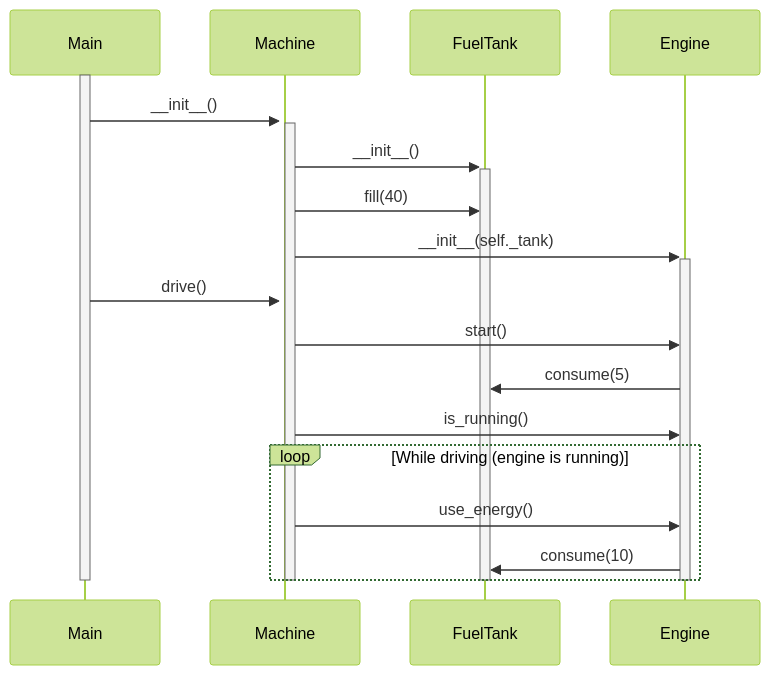
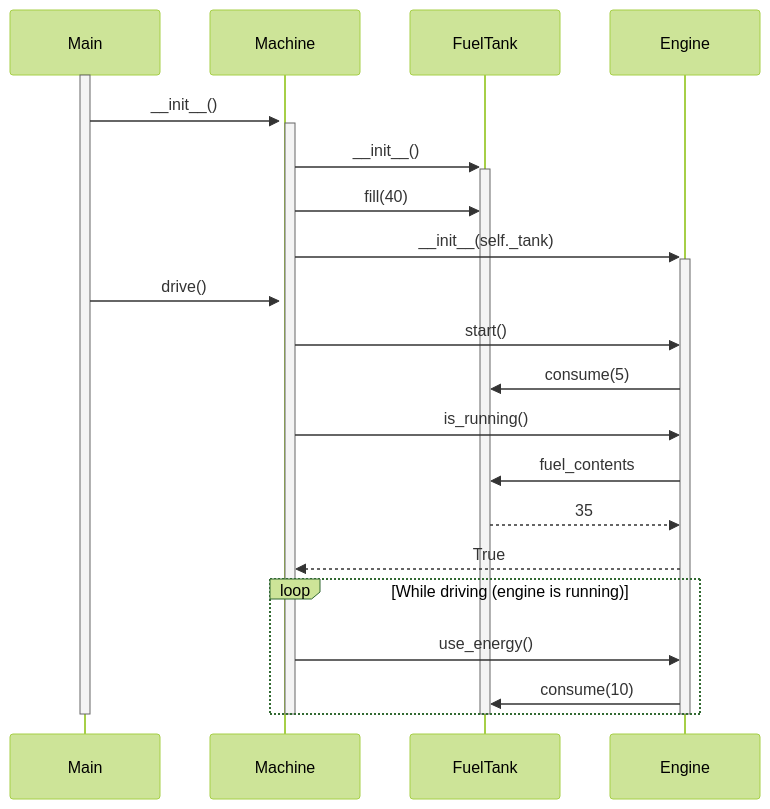
Before and after one commit to jpirhel/ot-harjoitustyo: the diagram in laskarit/viikko3/tehtava3.md, drawn with Mermaid (forest theme). The commit also changed other lines of this file, not shown here.

Commit message:
Laskarit: Viikko 3: Tehtava 3 improvements

````diff
--- a/laskarit/viikko3/tehtava3.md
+++ b/laskarit/viikko3/tehtava3.md
@@ -7,35 +9,38 @@
 ```mermaid
 sequenceDiagram
-%%participant Main
-%%participant Machine
-%%participant FuelTank
-%%participant Engine
 
 activate Main
 
 Main ->> +Machine: __init__()
 
 activate Machine
 
 Machine ->> +FuelTank: __init__()
+
 Machine ->> FuelTank: fill(40)
+
 Machine ->> +Engine: __init__(self._tank)
 
 Main ->> Machine: drive()
 
 Machine ->> Engine: start()
 
 Engine ->> FuelTank: consume(5)
 
 Machine ->> Engine: is_running()
 
+Engine ->> FuelTank: fuel_contents
+FuelTank -->> Engine: 35
+
+Engine -->> Machine: True
+
 loop While driving (engine is running)
-Machine ->> Engine: use_energy()
-Engine ->> FuelTank: consume(10)
+    Machine ->> Engine: use_energy()
+    Engine ->> FuelTank: consume(10)
 end
 
 deactivate Engine
 deactivate FuelTank
 deactivate Machine
 deactivate Main
 ```
````
